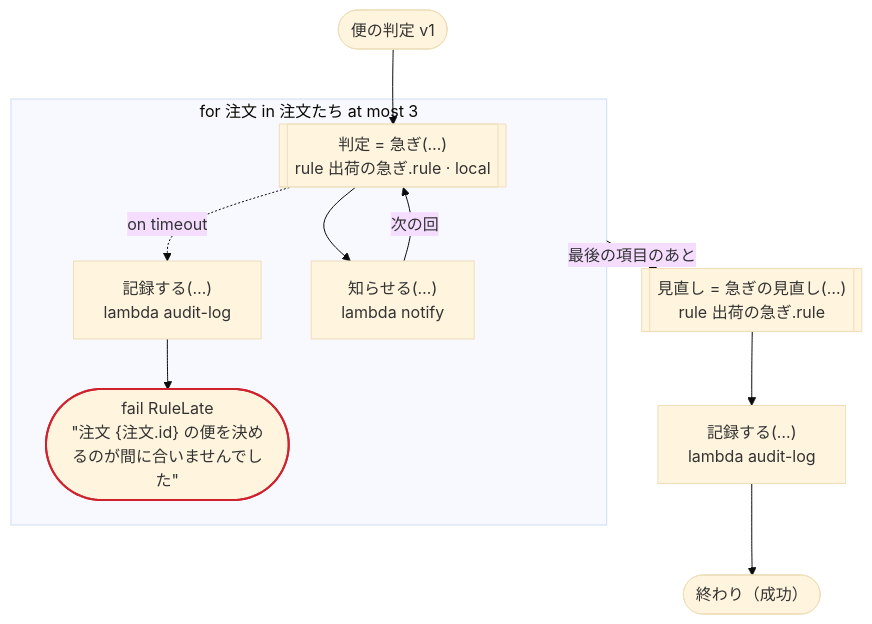
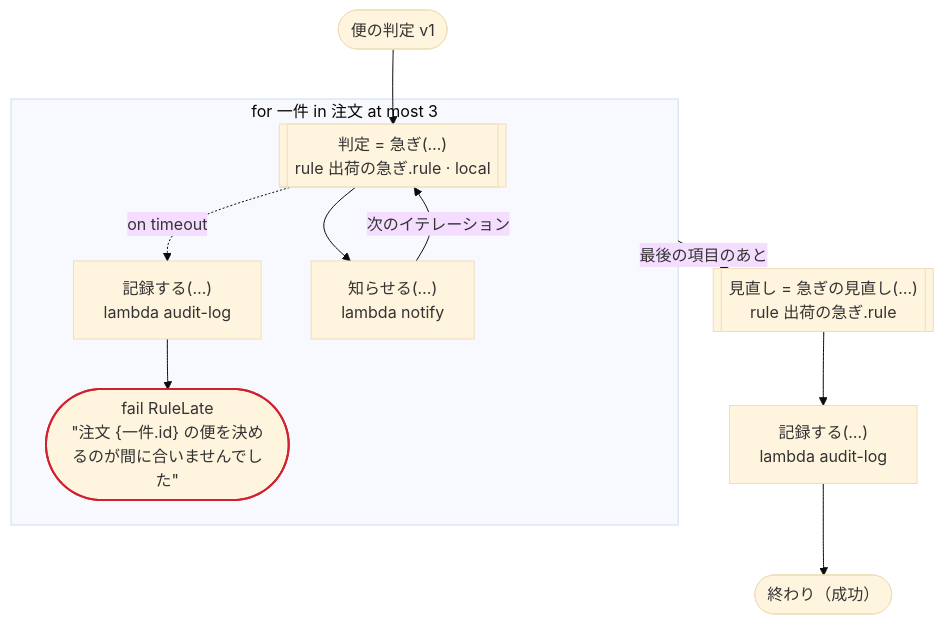
One commit to i2y/ritsu changed the diagram in crates/dandori/tests/doc/tests-flows-local_rules.ja.md. Above: the diagram before and after it, drawn with Mermaid (base theme). The commit also changed other lines of this file and 143 other files, not shown here.

````diff
--- a/crates/dandori/tests/doc/tests-flows-local_rules.ja.md
+++ b/crates/dandori/tests/doc/tests-flows-local_rules.ja.md
@@ -9,24 +9,24 @@
 ```mermaid
 flowchart TD
     start(["便の判定 v1"])
-    subgraph L1 ["for 注文 in 注文たち at most 3"]
+    subgraph L1 ["for 一件 in 注文 at most 3"]
         s2[["判定 = 急ぎ(…)<br>rule 出荷の急ぎ.rule · local"]]
         s3["記録する(…)<br>lambda audit-log"]
-        s4(["fail RuleLate<br>#quot;注文 {注文.id} の便を決めるのが間に合いませんでした#quot;"])
+        s4(["fail RuleLate<br>#quot;注文 {一件.id} の便を決めるのが間に合いませんでした#quot;"])
         s5["知らせる(…)<br>lambda notify"]
     end
     s6[["見直し = 急ぎの見直し(…)<br>rule 出荷の急ぎ.rule"]]
     s7["記録する(…)<br>lambda audit-log"]
     fin(["終わり（成功）"])
     start --> s2
     s2 -.->|"on timeout"| s3
     s3 --> s4
     s2 --> s5
-    s5 -->|"次の回"| s2
+    s5 -->|"次のイテレーション"| s2
     L1 -->|"最後の項目のあと"| s6
     s6 --> s7
     s7 --> fin
     classDef ok stroke:#2da44e,stroke-width:2px
     classDef bad stroke:#cf222e,stroke-width:2px
     class s4 bad
 ```
````
